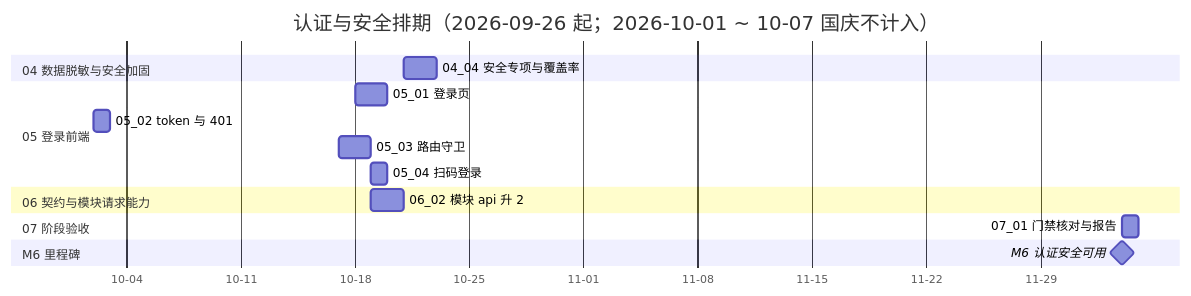
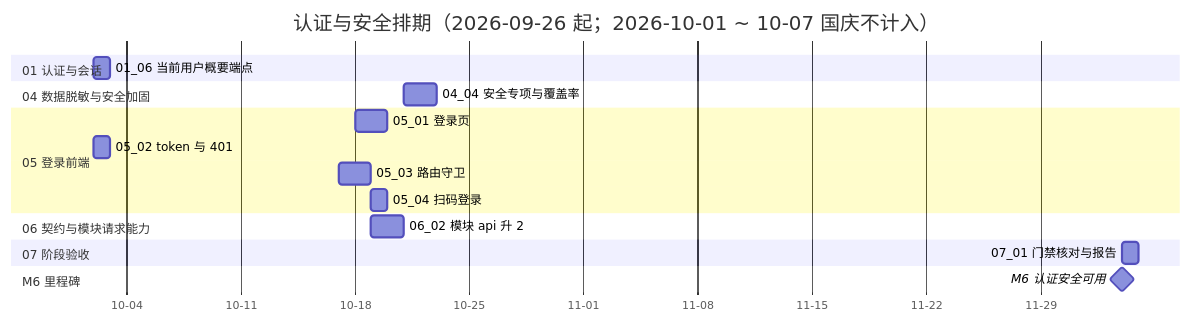
One commit to minjian123/basic-management-system changed the diagram in bms文档/项目/06_认证与安全/计划/01_计划_认证与安全.md. Above: the diagram before and after it, drawn with Mermaid. The commit also changed other lines of this file and 5 other files, not shown here.

````diff
--- a/bms文档/项目/06_认证与安全/计划/01_计划_认证与安全.md
+++ b/bms文档/项目/06_认证与安全/计划/01_计划_认证与安全.md
@@ -77,19 +78,21 @@
 ```mermaid
 gantt
     title 认证与安全排期（2026-09-26 起；2026-10-01 ~ 10-07 国庆不计入）
     dateFormat  YYYY-MM-DD
     axisFormat %m-%d
+    section 01 认证与会话
+    01_06 当前用户概要端点 :a6, 2026-10-02, 1d
     section 04 数据脱敏与安全加固
     04_04 安全专项与覆盖率 :d4, 2026-10-21, 2d
     section 05 登录前端
     05_01 登录页 :e1, 2026-10-18, 2d
     05_02 token 与 401 :e2, 2026-10-02, 1d
     05_03 路由守卫 :e3, 2026-10-17, 2d
     05_04 扫码登录 :e4, 2026-10-19, 1d
     section 06 契约与模块请求能力
     06_02 模块 api 升 2 :f2, 2026-10-19, 2d
     section 07 阶段验收
     07_01 门禁核对与报告 :g1, 2026-12-04, 1d
     section M6 里程碑
     M6 认证安全可用 :milestone, mm6, 2026-12-04, 0d
 ```
````
